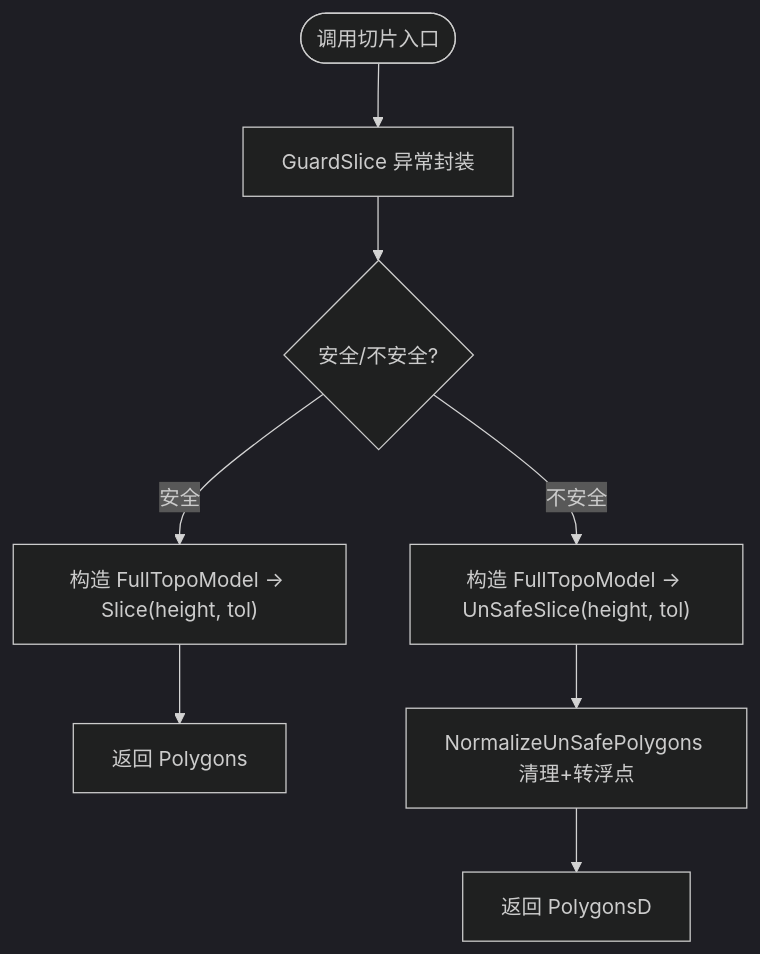
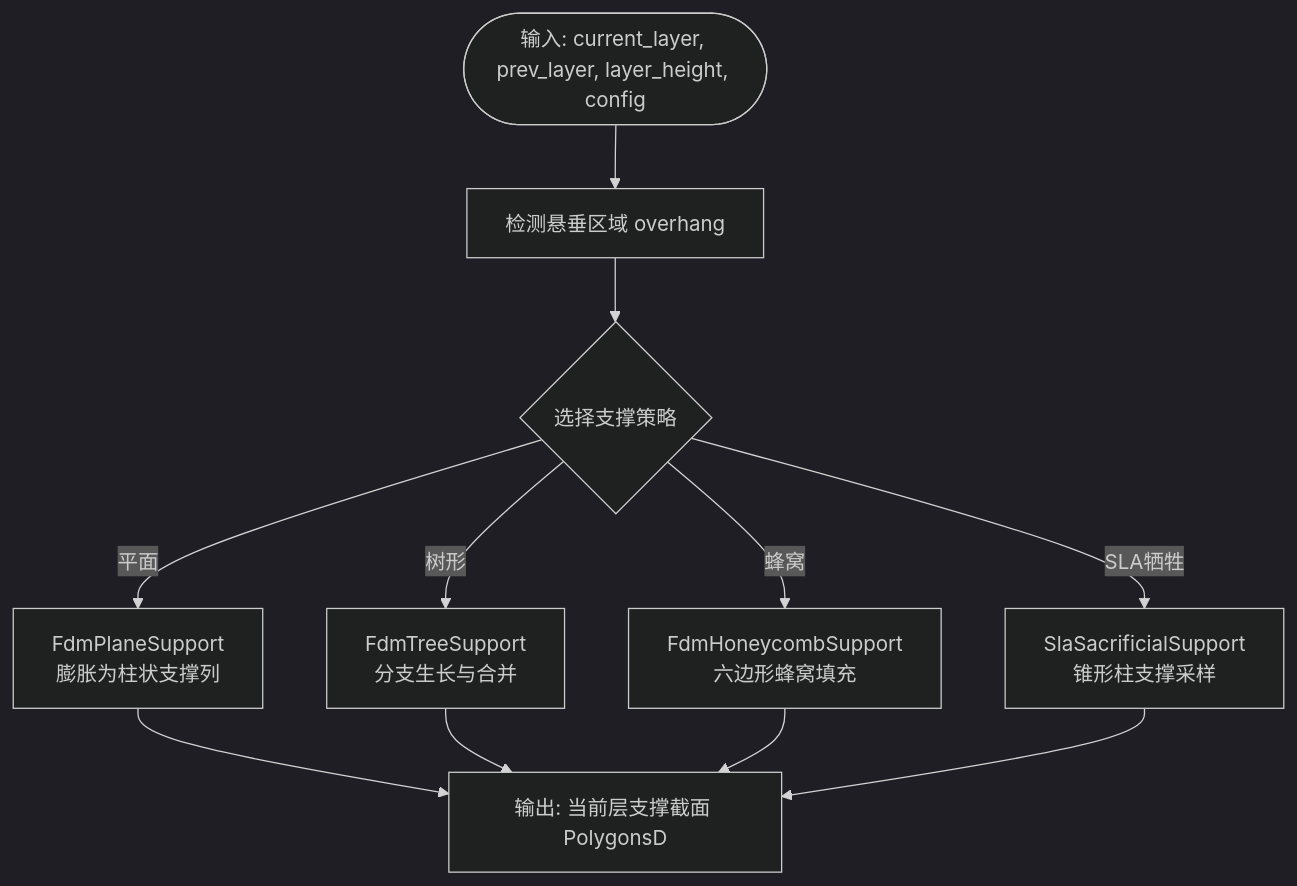
The fourth of 8 diagrams in .qoder/repowiki/zh/content/核心模块详解/核心模块详解.md (hsmbanlance/HsBaSlicer), drawn with Mermaid (dark theme) before and after one commit. The commit also changed other lines of this file and 1135 other files, not shown here.

````diff
--- a/.qoder/repowiki/zh/content/核心模块详解/核心模块详解.md
+++ b/.qoder/repowiki/zh/content/核心模块详解/核心模块详解.md
@@ -158,10 +262,13 @@
 ```mermaid
 flowchart TD
-Start(["调用切片入口"]) --> Guard["GuardSlice 异常封装"]
-Guard --> Mode{"安全/不安全?"}
-Mode --> |安全| Safe["构造 FullTopoModel -> Slice(height, tol)"]
-Mode --> |不安全| Unsafe["构造 FullTopoModel -> UnSafeSlice(height, tol)"]
-Safe --> Out1["返回 Polygons"]
-Unsafe --> Norm["NormalizeUnSafePolygons 清理+转浮点"]
-Norm --> Out2["返回 PolygonsD"]
+Start(["输入: current_layer, prev_layer, layer_height, config"]) --> Detect["检测悬垂区域 overhang"]
+Detect --> Strategy{"选择支撑策略"}
+Strategy --> |平面| Plane["FdmPlaneSupport<br/>膨胀为柱状支撑列"]
+Strategy --> |树形| Tree["FdmTreeSupport<br/>分支生长与合并"]
+Strategy --> |蜂窝| Honey["FdmHoneycombSupport<br/>六边形蜂窝填充"]
+Strategy --> |SLA牺牲| SLa["SlaSacrificialSupport<br/>锥形柱支撑采样"]
+Plane --> Out["输出: 当前层支撑截面 PolygonsD"]
+Tree --> Out
+Honey --> Out
+SLa --> Out
 ```
````
